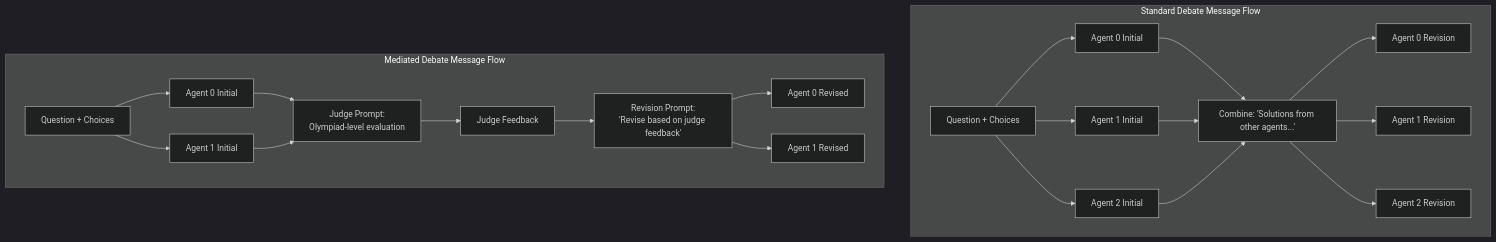
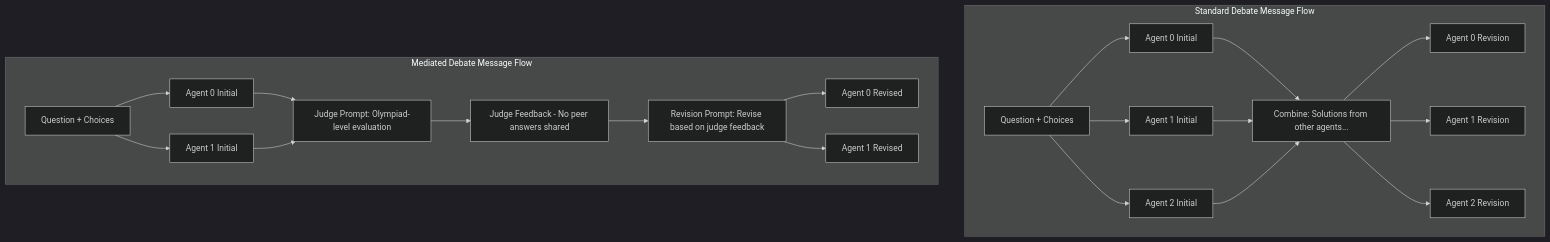
Diagram 16 of 22 in README.md (mikenk2010/COSC3009-Intelligent-Decision-Making-Advanced-IDM-Algorithm-Design), drawn with Mermaid (dark theme) before and after one commit. The commit also changed other lines of this file and 1 other file, not shown here.

````diff
--- a/README.md
+++ b/README.md
@@ -487,37 +617,37 @@
 ```mermaid
 flowchart TB
     subgraph Standard["Standard Debate Message Flow"]
-        Q1[Question + Choices]
-        A1[Agent 0 Initial]
-        A2[Agent 1 Initial]
-        A3[Agent 2 Initial]
+        Q1["Question + Choices"]
+        A1["Agent 0 Initial"]
+        A2["Agent 1 Initial"]
+        A3["Agent 2 Initial"]
 
-        COMBINE["Combine: 'Solutions from other agents...'"]
+        COMBINE["Combine: Solutions from other agents..."]
 
-        R1[Agent 0 Revision]
-        R2[Agent 1 Revision]
-        R3[Agent 2 Revision]
+        R1["Agent 0 Revision"]
+        R2["Agent 1 Revision"]
+        R3["Agent 2 Revision"]
 
         Q1 --> A1 & A2 & A3
         A1 & A2 & A3 --> COMBINE
         COMBINE --> R1 & R2 & R3
     end
 
     subgraph Mediated["Mediated Debate Message Flow"]
-        Q2[Question + Choices]
-        B1[Agent 0 Initial]
-        B2[Agent 1 Initial]
+        Q2["Question + Choices"]
+        B1["Agent 0 Initial"]
+        B2["Agent 1 Initial"]
 
-        JUDGE["Judge Prompt:<br/>Olympiad-level evaluation"]
-        FEEDBACK[Judge Feedback]
+        JUDGE["Judge Prompt: Olympiad-level evaluation"]
+        FEEDBACK["Judge Feedback - No peer answers shared"]
 
-        REV["Revision Prompt:<br/>'Revise based on judge feedback'"]
+        REV["Revision Prompt: Revise based on judge feedback"]
 
-        C1[Agent 0 Revised]
-        C2[Agent 1 Revised]
+        C1["Agent 0 Revised"]
+        C2["Agent 1 Revised"]
 
         Q2 --> B1 & B2
         B1 & B2 --> JUDGE --> FEEDBACK
         FEEDBACK --> REV --> C1 & C2
     end
 ```
````
